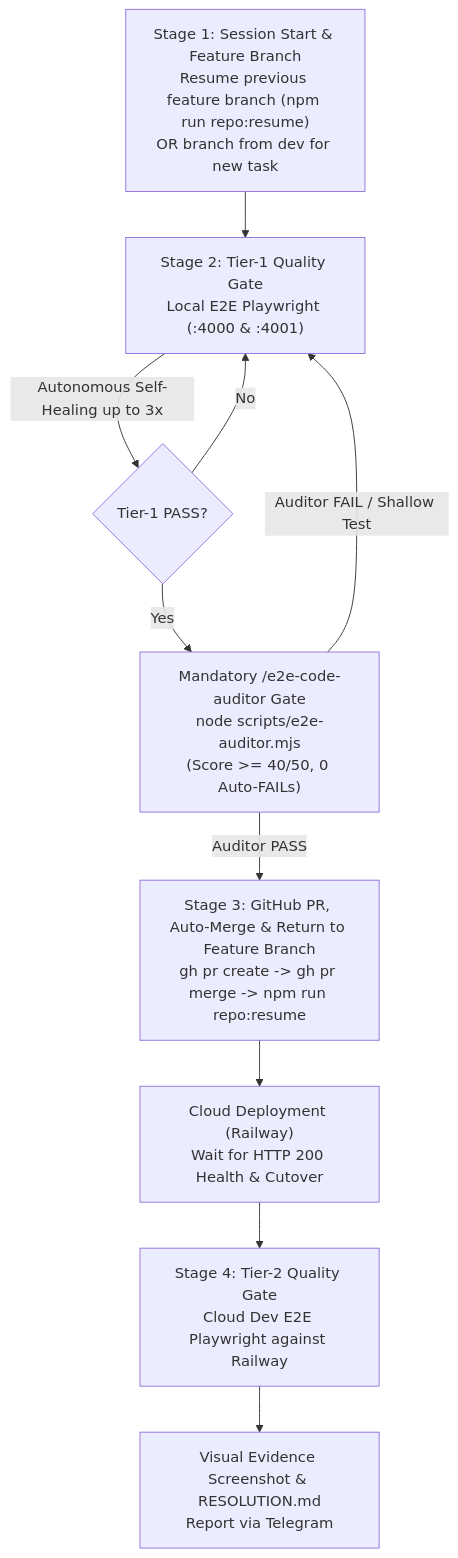
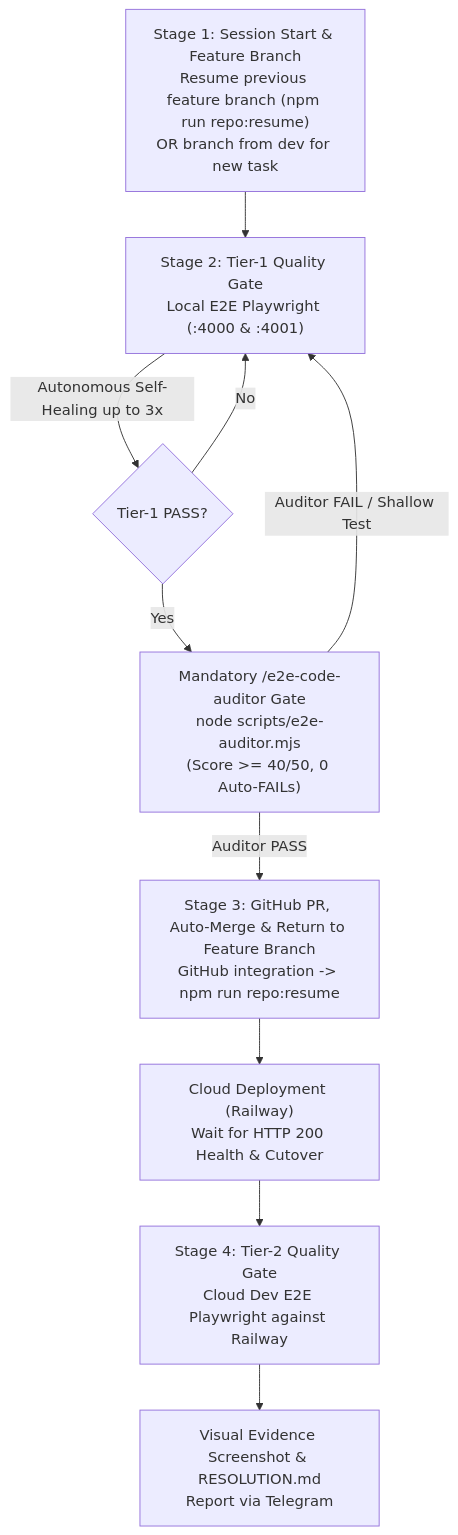
The diagram in .agents/skills/github-workflow/SKILL.md (lyquangthai1993/logistics-website), drawn with Mermaid before and after one commit. The commit also changed other lines of this file and 5 other files, not shown here.

````diff
--- a/.agents/skills/github-workflow/SKILL.md
+++ b/.agents/skills/github-workflow/SKILL.md
@@ -52,12 +52,12 @@
 ```mermaid
 flowchart TD
     A["Stage 1: Session Start & Feature Branch<br>Resume previous feature branch (npm run repo:resume)<br>OR branch from dev for new task"] --> B["Stage 2: Tier-1 Quality Gate<br>Local E2E Playwright (:4000 & :4001)"]
     B -->|Autonomous Self-Healing up to 3x| C{"Tier-1 PASS?"}
     C -->|Yes| AUD["Mandatory /e2e-code-auditor Gate<br>node scripts/e2e-auditor.mjs<br>(Score >= 40/50, 0 Auto-FAILs)"]
-    AUD -->|Auditor PASS| D["Stage 3: GitHub PR, Auto-Merge & Return to Feature Branch<br>gh pr create -> gh pr merge -> npm run repo:resume"]
+    AUD -->|Auditor PASS| D["Stage 3: GitHub PR, Auto-Merge & Return to Feature Branch<br>GitHub integration -> npm run repo:resume"]
     AUD -->|Auditor FAIL / Shallow Test| B
     C -->|No| B
     D --> E["Cloud Deployment (Railway)<br>Wait for HTTP 200 Health & Cutover"]
     E --> F["Stage 4: Tier-2 Quality Gate<br>Cloud Dev E2E Playwright against Railway"]
     F --> G["Visual Evidence Screenshot & RESOLUTION.md<br>Report via Telegram"]
 ```
````
